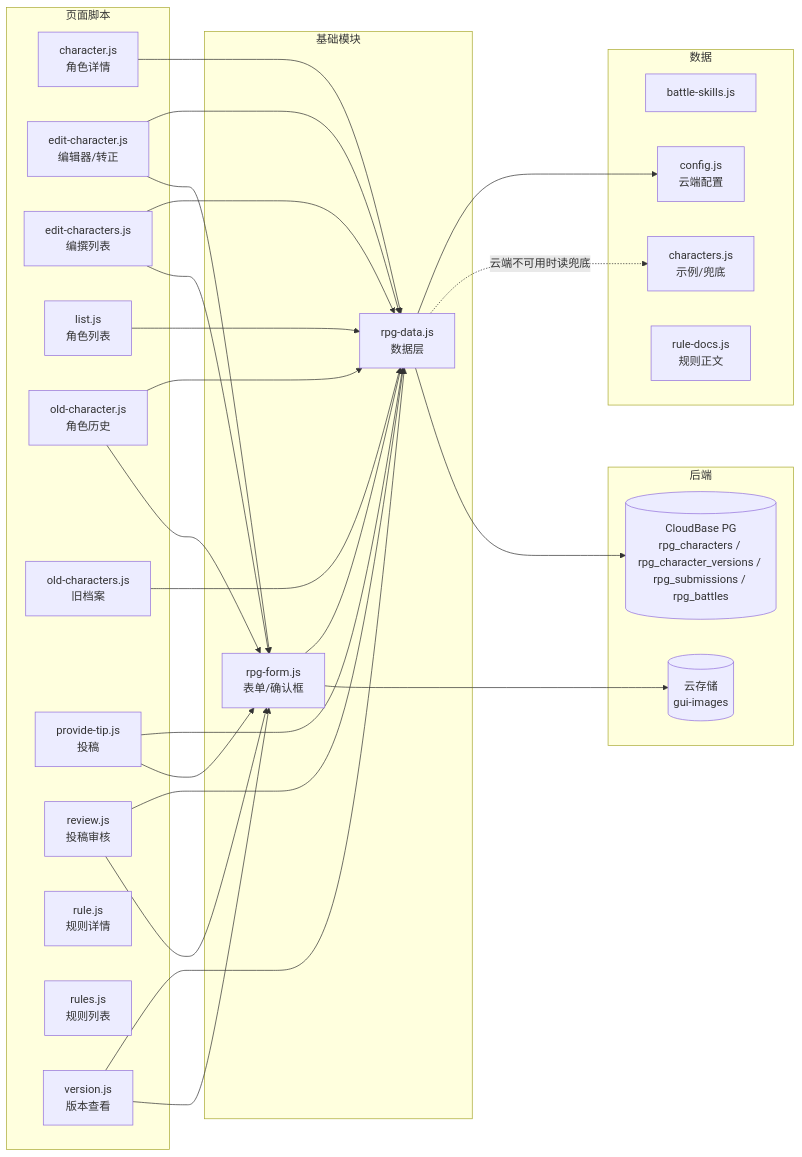
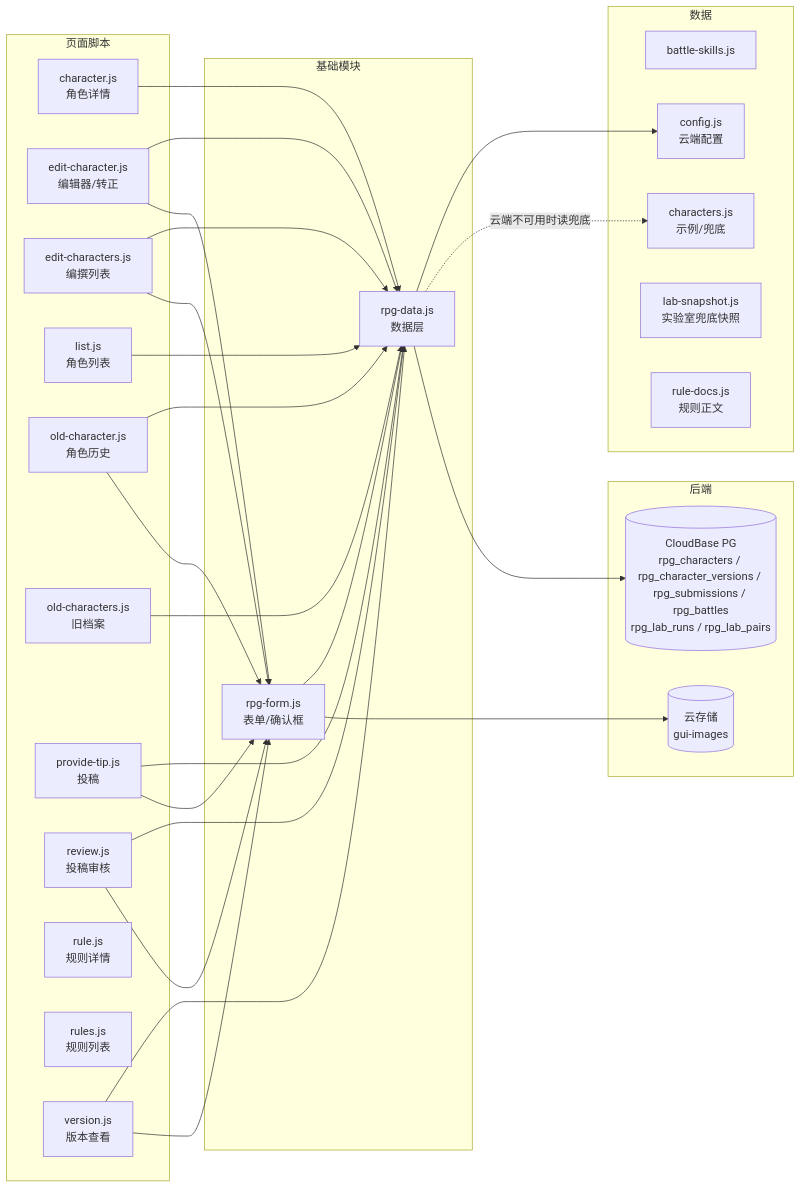
Before and after one commit to cangwu-protect-union/cangwu-protect-union.github.io: the second of 2 diagrams in rpg6.0/架构.md, drawn with Mermaid. The commit also changed other lines of this file and 31 other files, not shown here.

````diff
--- a/rpg6.0/架构.md
+++ b/rpg6.0/架构.md
@@ -97,62 +102,63 @@
 ```mermaid
 flowchart LR
 
   subgraph scriptLayer2["页面脚本"]
     S_character["character.js<br/>角色详情"]
     S_edit_character["edit-character.js<br/>编辑器/转正"]
     S_edit_characters["edit-characters.js<br/>编撰列表"]
     S_list["list.js<br/>角色列表"]
     S_old_character["old-character.js<br/>角色历史"]
     S_old_characters["old-characters.js<br/>旧档案"]
     S_provide_tip["provide-tip.js<br/>投稿"]
     S_review["review.js<br/>投稿审核"]
     S_rule["rule.js<br/>规则详情"]
     S_rules["rules.js<br/>规则列表"]
     S_version["version.js<br/>版本查看"]
   end
 
   subgraph baseLayer["基础模块"]
     M_rpg_data["rpg-data.js<br/>数据层"]
     M_rpg_form["rpg-form.js<br/>表单/确认框"]
   end
 
   subgraph dataLayer["数据"]
     D_battle_skills["battle-skills.js"]
     D_characters["characters.js<br/>示例/兜底"]
     D_config["config.js<br/>云端配置"]
+    D_lab_snapshot["lab-snapshot.js<br/>实验室兜底快照"]
     D_rule_docs["rule-docs.js<br/>规则正文"]
   end
 
   subgraph backend["后端"]
-    DB[("CloudBase PG<br/>rpg_characters / rpg_character_versions / rpg_submissions / rpg_battles")]
+    DB[("CloudBase PG<br/>rpg_characters / rpg_character_versions / rpg_submissions / rpg_battles<br/>rpg_lab_runs / rpg_lab_pairs")]
     ST[("云存储<br/>gui-images")]
   end
 
   %% 页面脚本 → 基础模块
   S_character --> M_rpg_data
   S_edit_character --> M_rpg_data
   S_edit_character --> M_rpg_form
   S_edit_characters --> M_rpg_data
   S_edit_characters --> M_rpg_form
   S_list --> M_rpg_data
   S_old_character --> M_rpg_data
   S_old_character --> M_rpg_form
   S_old_characters --> M_rpg_data
   S_provide_tip --> M_rpg_data
   S_provide_tip --> M_rpg_form
   S_review --> M_rpg_data
   S_review --> M_rpg_form
   S_version --> M_rpg_data
   S_version --> M_rpg_form
 
   %% 基础模块之间的依赖
   M_rpg_form --> M_rpg_data
 
   %% 配置与兜底数据
   M_rpg_data --> D_config
   M_rpg_data -.云端不可用时读兜底.-> D_characters
 
   %% 后端
   M_rpg_data --> DB
   M_rpg_form --> ST
 ```
````
